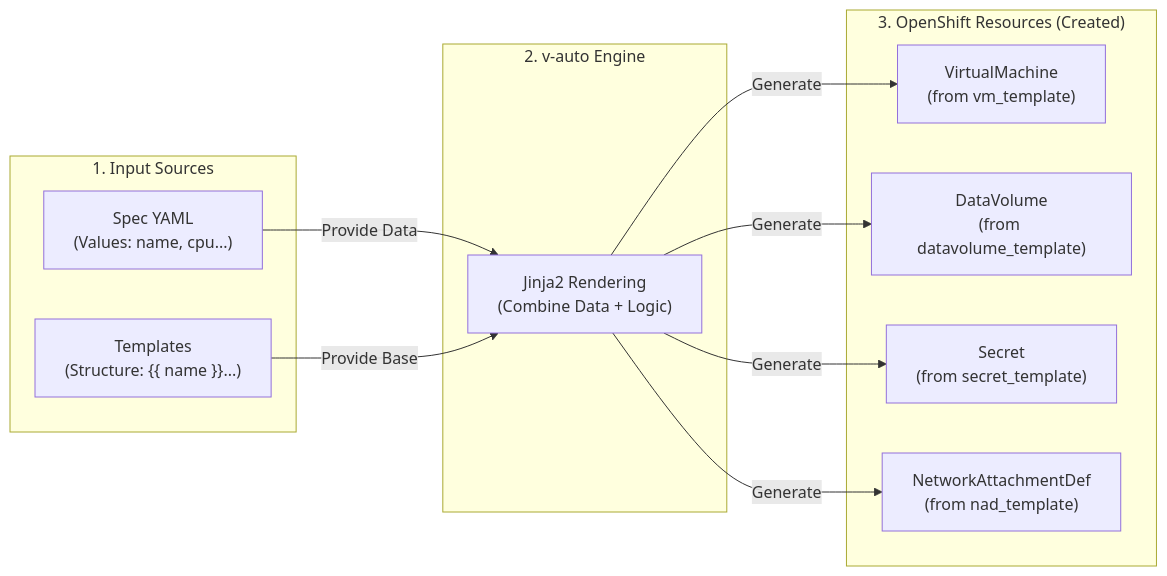
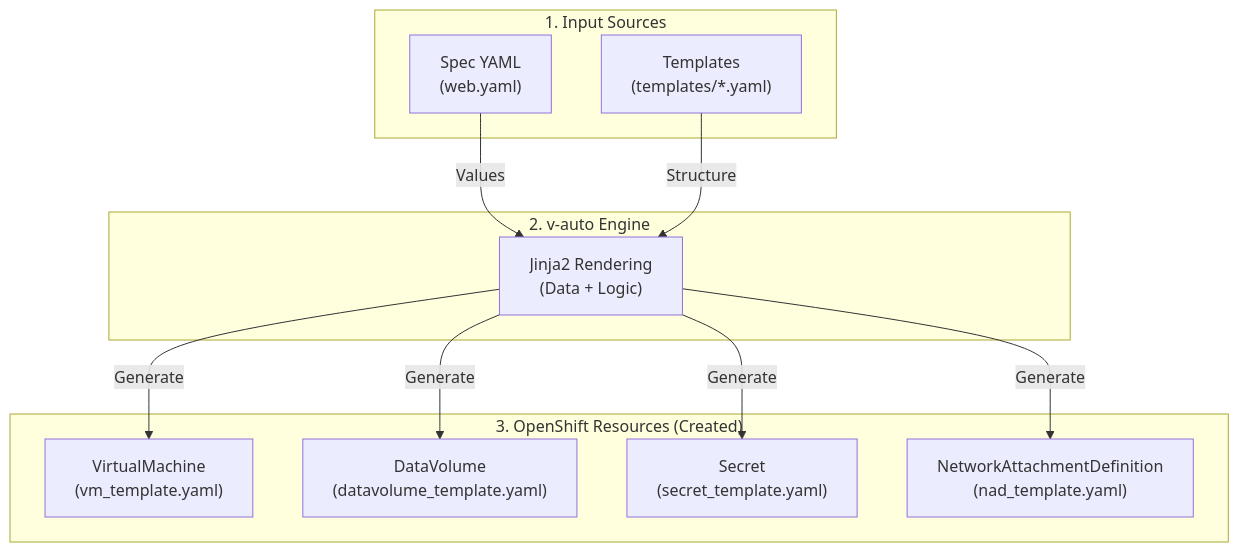
The diagram in DOCS_USER.md (chkeum/v-auto), drawn with Mermaid before and after one commit. The commit also changed 1 other file, not shown here.

Commit message:
Final Layout Fix: Vertical Diagram with Full Filenames (v20260120)

````diff
--- a/DOCS_USER.md
+++ b/DOCS_USER.md
@@ -33,26 +33,30 @@
 ```mermaid
-graph LR
+graph TD
+    %% 1. Input Sources
     subgraph Inputs["1. Input Sources"]
-    Spec["Spec YAML<br>(Values: name, cpu...)"]
-    Tpl["Templates<br>(Structure: {{ name }}...)"]
+    Spec["Spec YAML<br>(web.yaml)"]
+    Tpl["Templates<br>(templates/*.yaml)"]
     end
 
+    %% 2. Processing Engine
     subgraph Engine["2. v-auto Engine"]
-    Render["Jinja2 Rendering<br>(Combine Data + Logic)"]
+    Render["Jinja2 Rendering<br>(Data + Logic)"]
     end
     
+    %% 3. Output Resources
     subgraph Resources["3. OpenShift Resources (Created)"]
-    VM["VirtualMachine<br>(from vm_template)"]
-    DV["DataVolume<br>(from datavolume_template)"]
-    Secret["Secret<br>(from secret_template)"]
-    NAD["NetworkAttachmentDef<br>(from nad_template)"]
+    VM["VirtualMachine<br>(vm_template.yaml)"]
+    DV["DataVolume<br>(datavolume_template.yaml)"]
+    Secret["Secret<br>(secret_template.yaml)"]
+    NAD["NetworkAttachmentDefinition<br>(nad_template.yaml)"]
     end
     
-    Spec -->|Provide Data| Render
-    Tpl -->|Provide Base| Render
+    %% Connections
+    Spec -->|Values| Render
+    Tpl -->|Structure| Render
     
     Render -->|Generate| VM
     Render -->|Generate| DV
     Render -->|Generate| Secret
     Render -->|Generate| NAD
 ```
````
